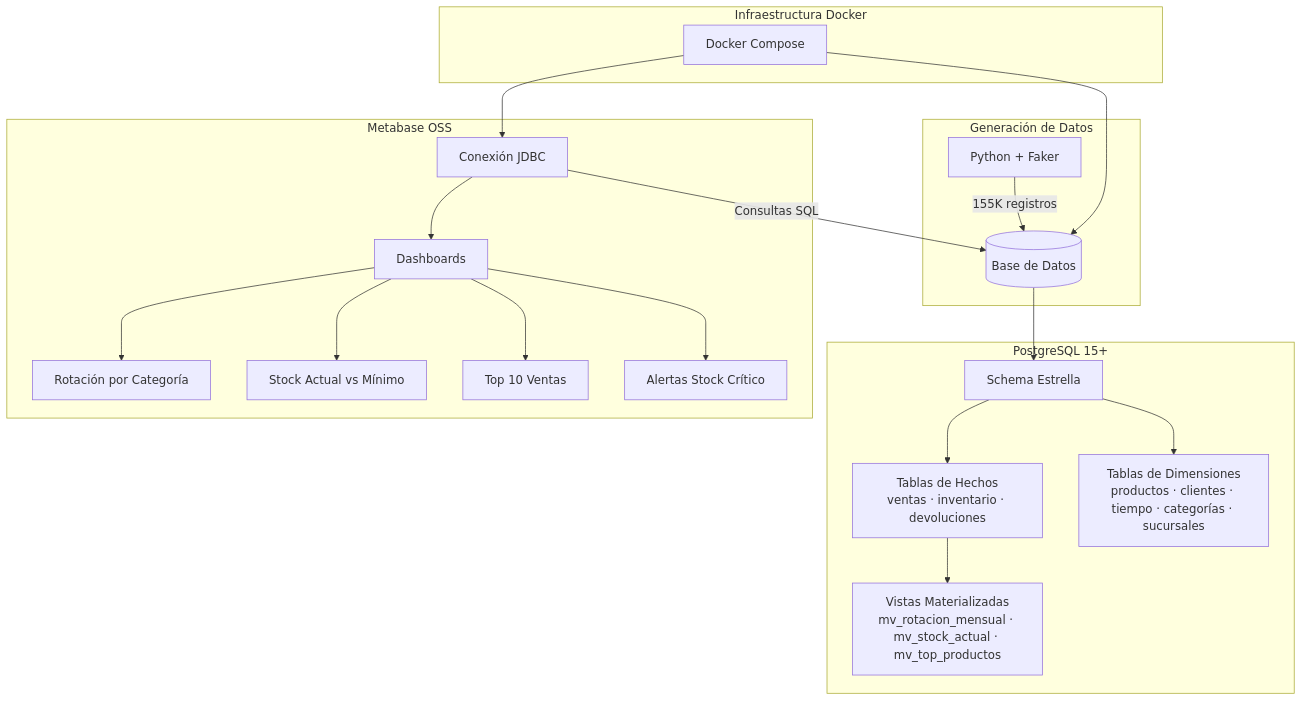
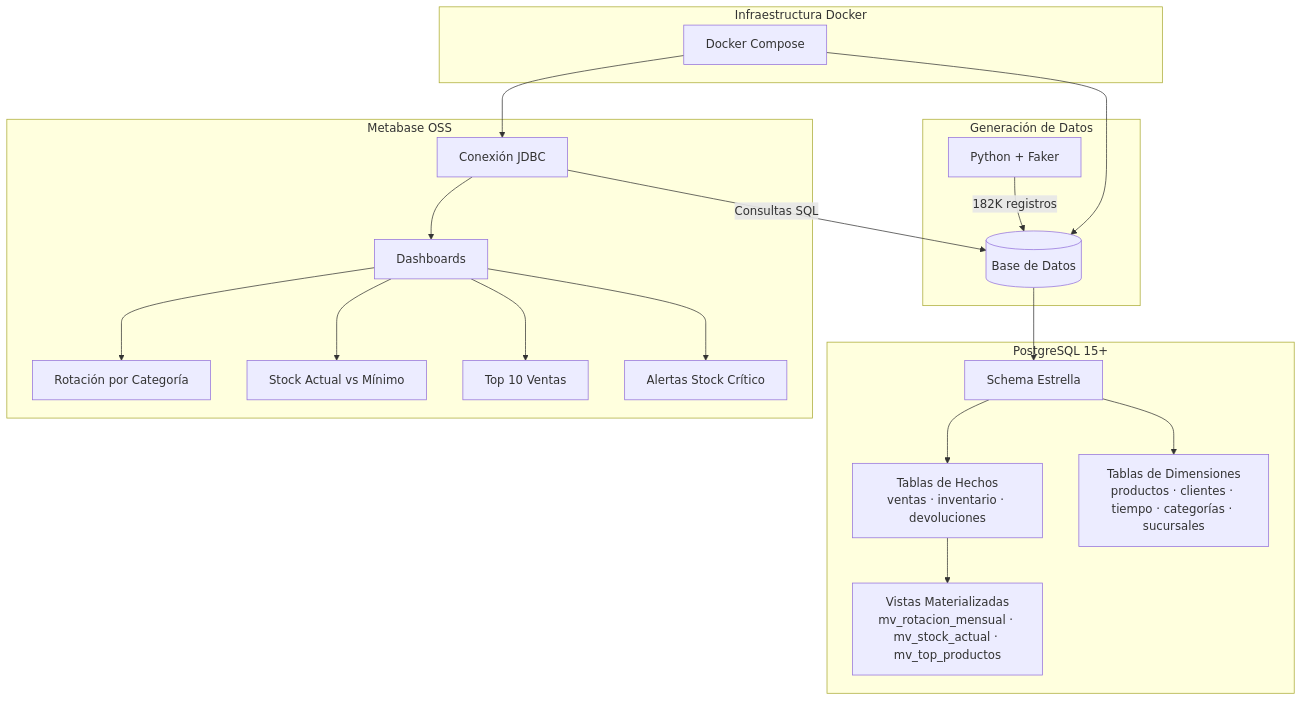
One commit to Fisherk2/dashboard-metabase-analiticas changed the diagram in README.md. Above: the diagram before and after it, drawn with Mermaid. The commit also changed other lines of this file, not shown here.

````diff
--- a/README.md
+++ b/README.md
@@ -37,30 +37,30 @@
 ```mermaid
 graph TD
     subgraph Generacion["Generación de Datos"]
-        A[Python + Faker] -->|155K registros| B
+        A[Python + Faker] -->|182K registros| B
     end
 
     subgraph Infra["Infraestructura Docker"]
         C[Docker Compose]
     end
 
     subgraph PG["PostgreSQL 15+"]
         B[(Base de Datos)]
         B --> D[Schema Estrella]
         D --> E[Tablas de Hechos<br/>ventas · inventario · devoluciones]
         D --> F[Tablas de Dimensiones<br/>productos · clientes · tiempo · categorías · sucursales]
         E --> G[Vistas Materializadas<br/>mv_rotacion_mensual · mv_stock_actual · mv_top_productos]
     end
 
     subgraph MB["Metabase OSS"]
         H[Conexión JDBC] --> I[Dashboards]
         I --> J[Rotación por Categoría]
         I --> K[Stock Actual vs Mínimo]
         I --> L[Top 10 Ventas]
         I --> M[Alertas Stock Crítico]
     end
 
     C --> B
     C --> H
     H -->|Consultas SQL| B
 ```
````
